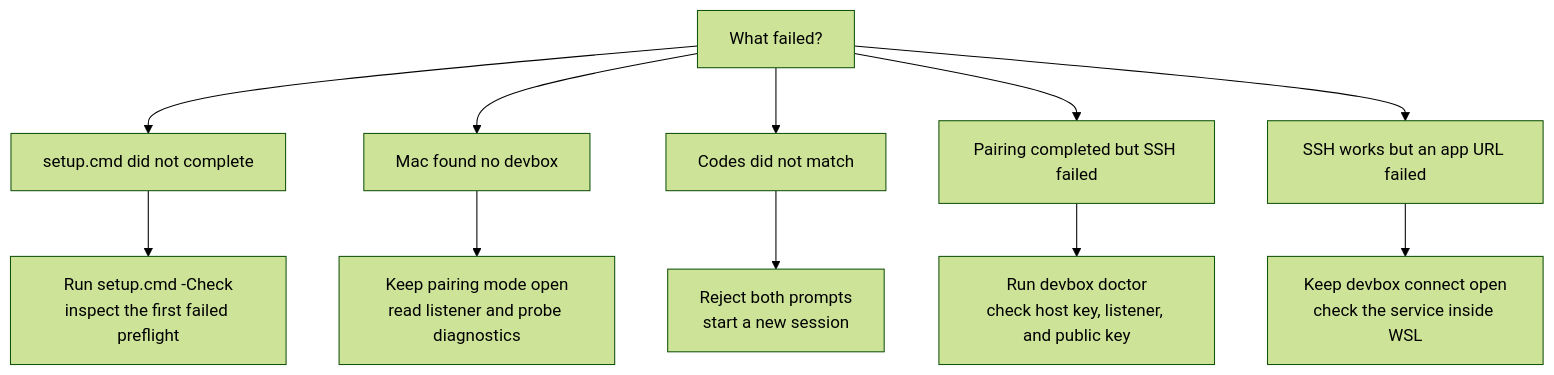
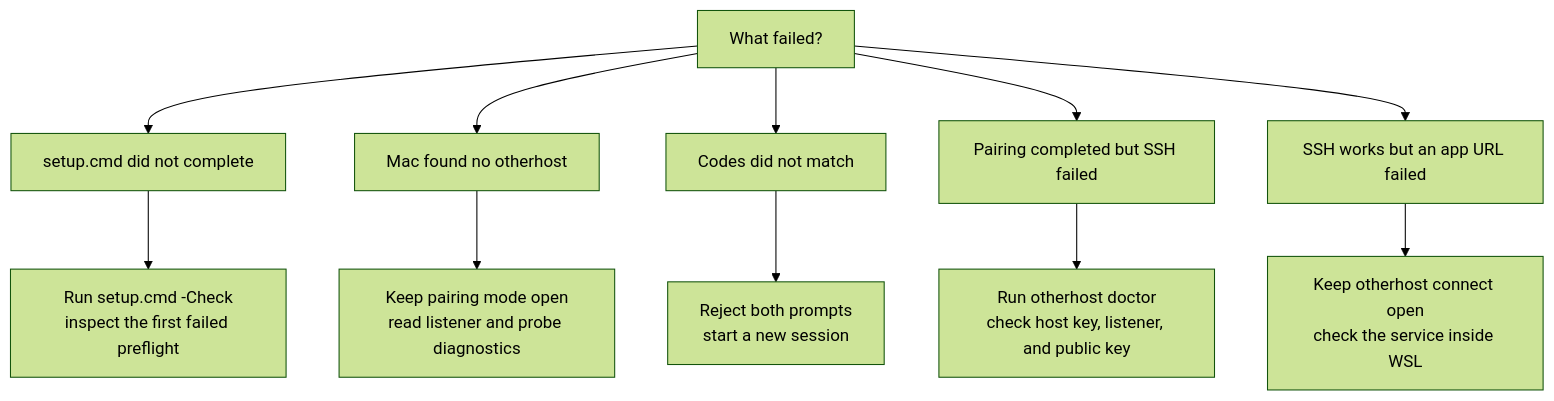
The diagram in docs/troubleshooting.md (M3ndes/otherhost), drawn with Mermaid (forest theme) before and after one commit. The commit also changed other lines of this file and 49 other files, not shown here.

````diff
--- a/docs/troubleshooting.md
+++ b/docs/troubleshooting.md
@@ -8,15 +8,15 @@
 ```mermaid
 flowchart TD
     Start["What failed?"]
     Setup["setup.cmd did not complete"]
-    Find["Mac found no devbox"]
+    Find["Mac found no otherhost"]
     Code["Codes did not match"]
     SSH["Pairing completed but SSH failed"]
     App["SSH works but an app URL failed"]
 
     Start --> Setup --> SetupCheck["Run setup.cmd -Check<br/>inspect the first failed preflight"]
     Start --> Find --> DiscoverCheck["Keep pairing mode open<br/>read listener and probe diagnostics"]
     Start --> Code --> Reject["Reject both prompts<br/>start a new session"]
-    Start --> SSH --> Doctor["Run devbox doctor<br/>check host key, listener, and public key"]
-    Start --> App --> Service["Keep devbox connect open<br/>check the service inside WSL"]
+    Start --> SSH --> Doctor["Run otherhost doctor<br/>check host key, listener, and public key"]
+    Start --> App --> Service["Keep otherhost connect open<br/>check the service inside WSL"]
 ```
````
